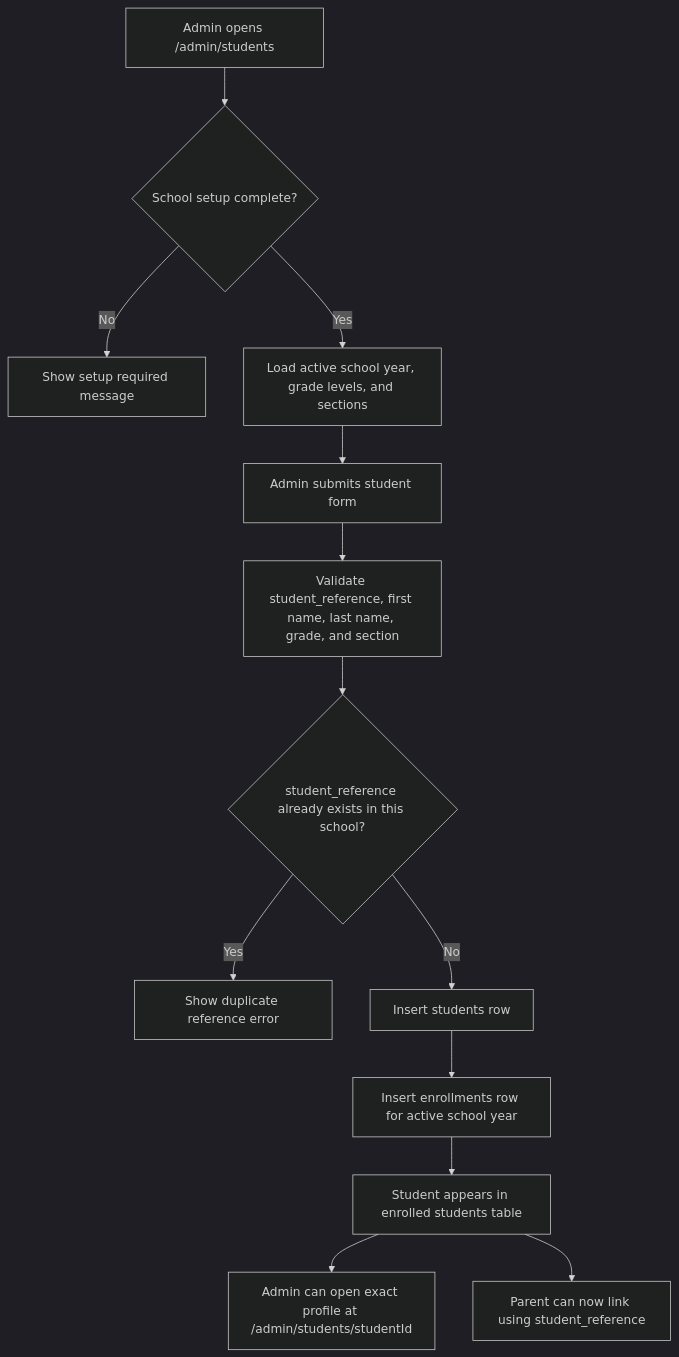
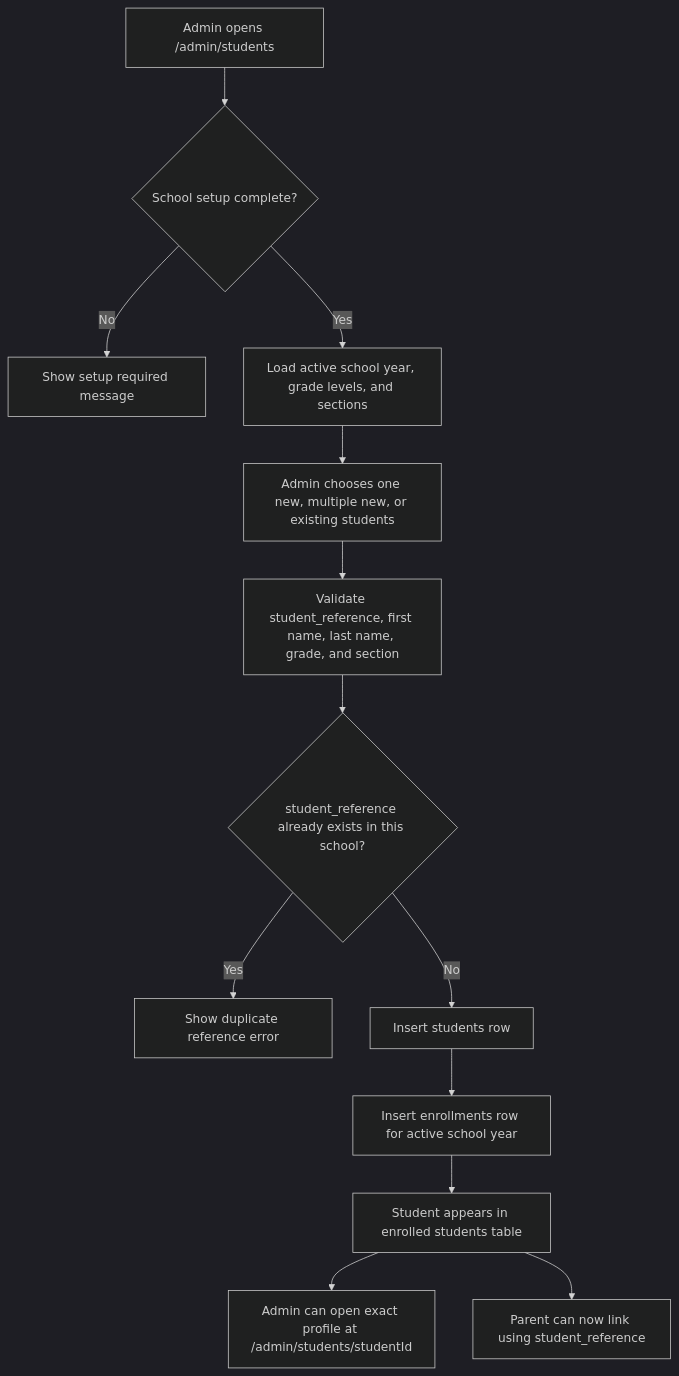
Before and after one commit to Xeyn19/xmetapay: the ninth of 21 diagrams in docs/PROJECT_FLOWCHARTS.md, drawn with Mermaid (dark theme). The commit also changed other lines of this file and 16 other files, not shown here.

````diff
--- a/docs/PROJECT_FLOWCHARTS.md
+++ b/docs/PROJECT_FLOWCHARTS.md
@@ -329,15 +331,15 @@
 ```mermaid
 flowchart TD
   A["Admin opens /admin/students"] --> B{"School setup complete?"}
   B -->|No| C["Show setup required message"]
   B -->|Yes| D["Load active school year, grade levels, and sections"]
-  D --> E["Admin submits student form"]
+  D --> E["Admin chooses one new, multiple new, or existing students"]
   E --> F["Validate student_reference, first name, last name, grade, and section"]
   F --> G{"student_reference already exists in this school?"}
   G -->|Yes| H["Show duplicate reference error"]
   G -->|No| I["Insert students row"]
   I --> J["Insert enrollments row for active school year"]
   J --> K["Student appears in enrolled students table"]
   K --> L["Admin can open exact profile at /admin/students/studentId"]
   K --> M["Parent can now link using student_reference"]
 ```
````
